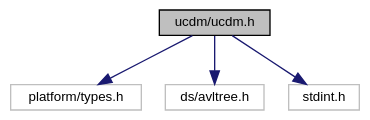
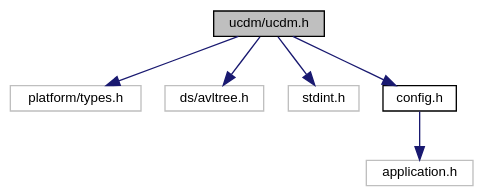
One commit to ebs-universe/piolib-ucdm changed the diagram in ucdm_8h__incl.dot. Above: the diagram before and after it, drawn with Graphviz. The commit also changed 86 other files, not shown here.

```diff
--- a/ucdm_8h__incl.dot
+++ b/ucdm_8h__incl.dot
@@ -1,15 +1,19 @@
 digraph "ucdm/ucdm.h"
 {
  // INTERACTIVE_SVG=YES
  // LATEX_PDF_SIZE
   bgcolor="transparent";
   edge [fontname="Helvetica",fontsize="10",labelfontname="Helvetica",labelfontsize="10"];
   node [fontname="Helvetica",fontsize="10",shape=record];
   Node1 [label="ucdm/ucdm.h",height=0.2,width=0.4,color="black", fillcolor="grey75", style="filled", fontcolor="black",tooltip="Interface and usage of the Unified Configuration and Data Manager."];
   Node1 -> Node2 [color="midnightblue",fontsize="10",style="solid",fontname="Helvetica"];
   Node2 [label="platform/types.h",height=0.2,width=0.4,color="grey75",tooltip=" "];
   Node1 -> Node3 [color="midnightblue",fontsize="10",style="solid",fontname="Helvetica"];
   Node3 [label="ds/avltree.h",height=0.2,width=0.4,color="grey75",tooltip=" "];
   Node1 -> Node4 [color="midnightblue",fontsize="10",style="solid",fontname="Helvetica"];
   Node4 [label="stdint.h",height=0.2,width=0.4,color="grey75",tooltip=" "];
+  Node1 -> Node5 [color="midnightblue",fontsize="10",style="solid",fontname="Helvetica"];
+  Node5 [label="config.h",height=0.2,width=0.4,color="black",URL="$config_8h_source.html",tooltip=" "];
+  Node5 -> Node6 [color="midnightblue",fontsize="10",style="solid",fontname="Helvetica"];
+  Node6 [label="application.h",height=0.2,width=0.4,color="grey75",tooltip=" "];
 }
```
